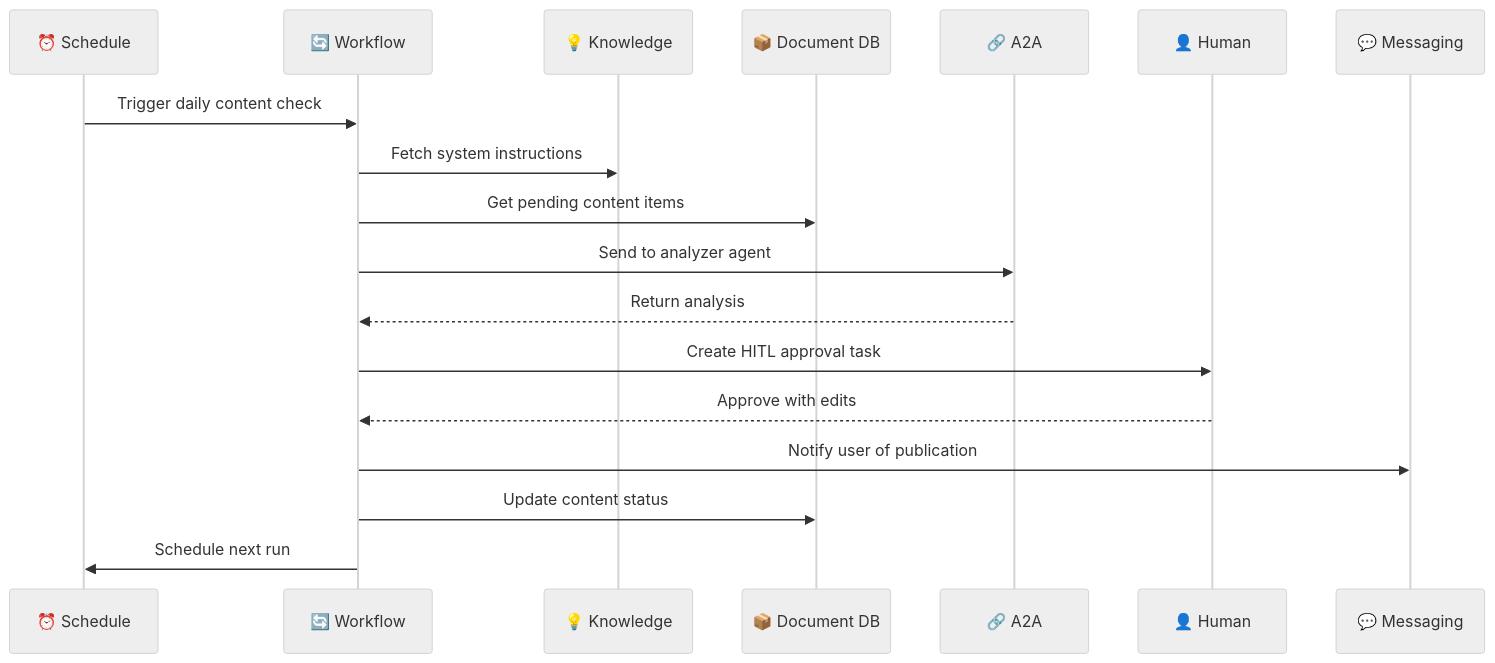
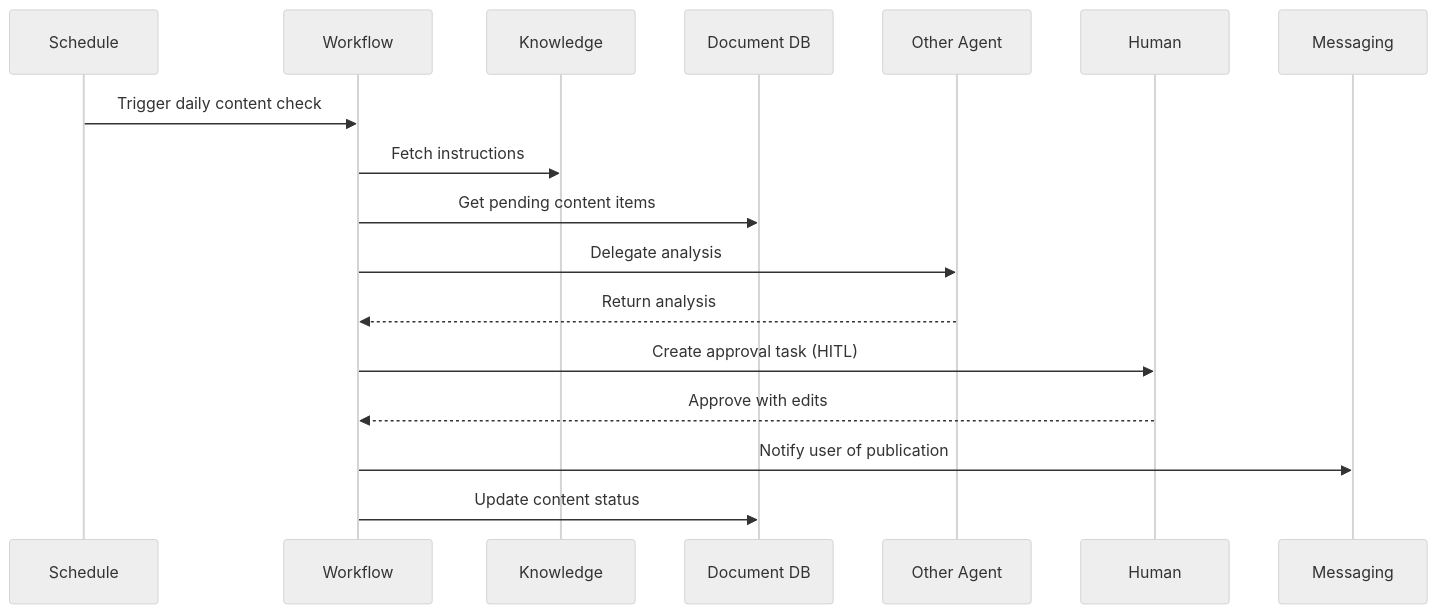
One commit to XiansAiPlatform/XiansAi.Docs changed the second of 2 diagrams in docs/concepts/overview.md. Above: the diagram before and after it, drawn with Mermaid (neutral theme). The commit also changed other lines of this file and 19 other files, not shown here.

````diff
--- a/docs/concepts/overview.md
+++ b/docs/concepts/overview.md
@@ -28,21 +75,20 @@
 ```mermaid
 sequenceDiagram
-    participant S as ⏰ Schedule
-    participant W as 🔄 Workflow
-    participant K as 💡 Knowledge
-    participant D as 📦 Document DB
-    participant A2A as 🔗 A2A
-    participant H as 👤 Human
-    participant M as 💬 Messaging
-    
+    participant S as Schedule
+    participant W as Workflow
+    participant K as Knowledge
+    participant D as Document DB
+    participant A2A as Other Agent
+    participant H as Human
+    participant M as Messaging
+
     S->>W: Trigger daily content check
-    W->>K: Fetch system instructions
+    W->>K: Fetch instructions
     W->>D: Get pending content items
-    W->>A2A: Send to analyzer agent
+    W->>A2A: Delegate analysis
     A2A-->>W: Return analysis
-    W->>H: Create HITL approval task
+    W->>H: Create approval task (HITL)
     H-->>W: Approve with edits
     W->>M: Notify user of publication
     W->>D: Update content status
-    W->>S: Schedule next run
 ```
````
